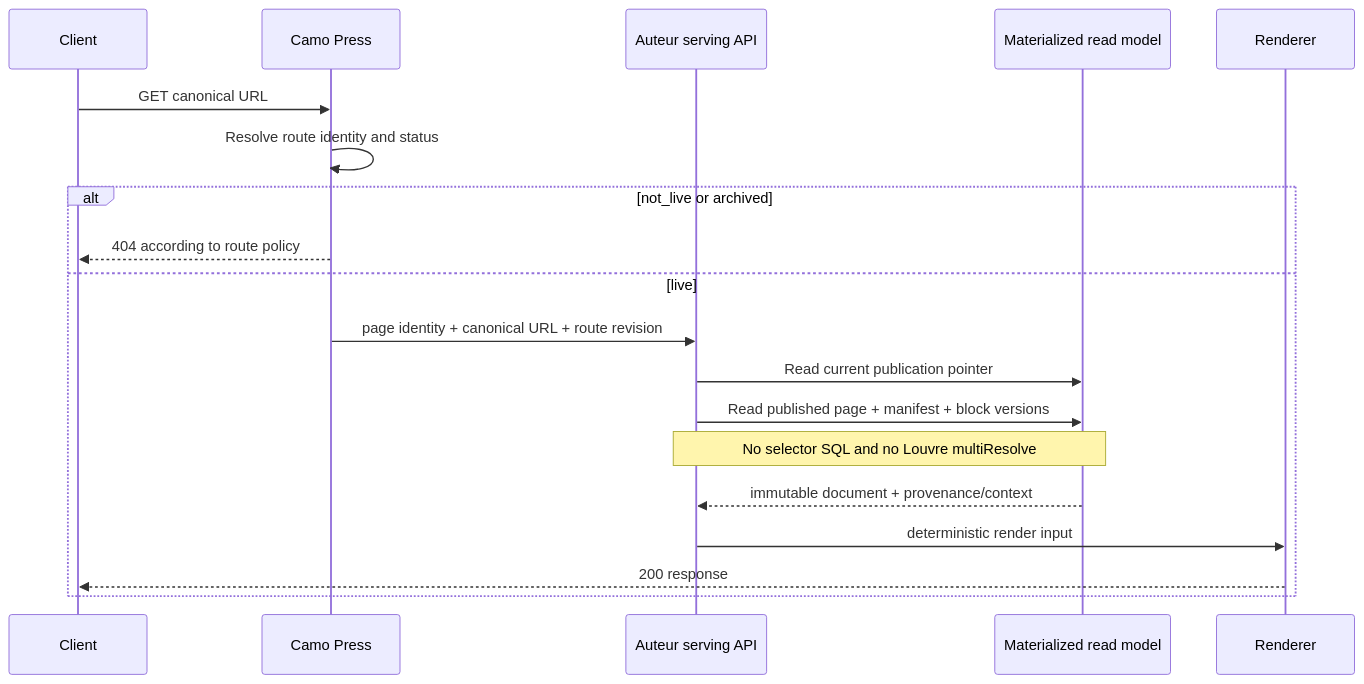
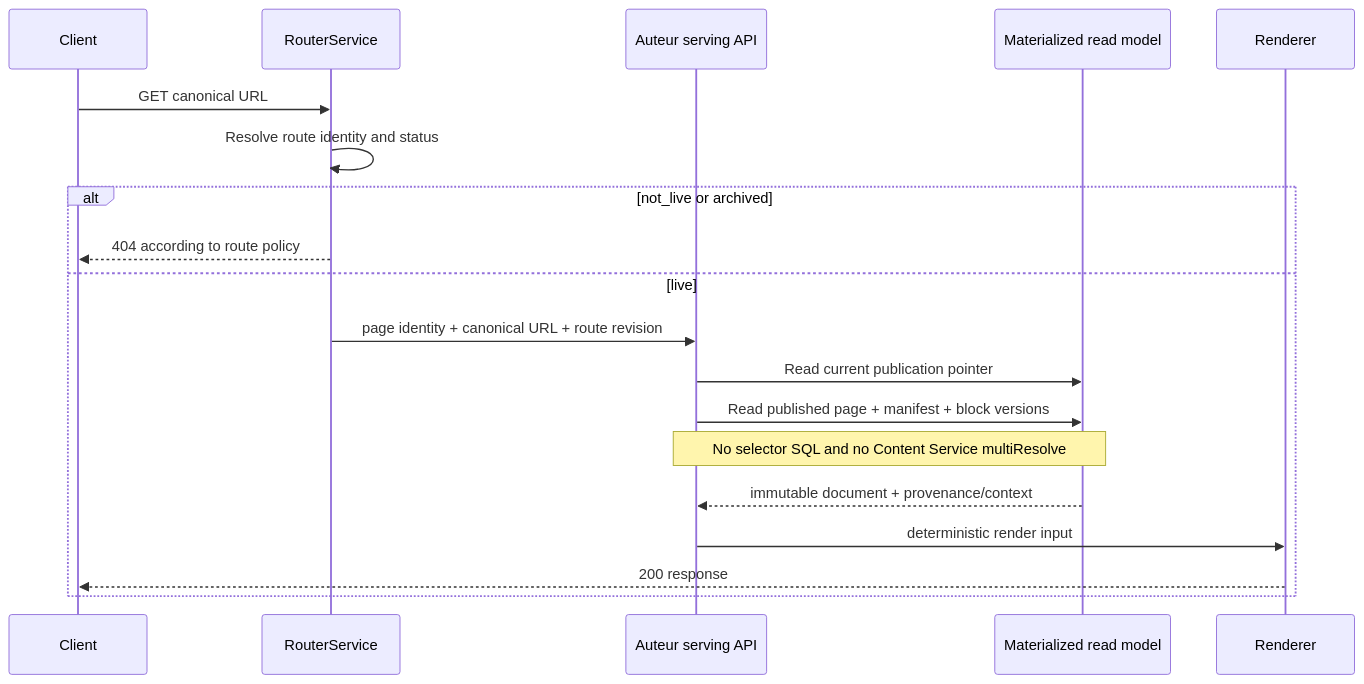
One commit to eng-manager-xyz/sample-cms changed the ninth of 9 diagrams in docs/process-engineering-guide.md. Above: the diagram before and after it, drawn with Mermaid. The commit also changed other lines of this file and 33 other files, not shown here.

````diff
--- a/docs/process-engineering-guide.md
+++ b/docs/process-engineering-guide.md
@@ -480,22 +480,22 @@
 ```mermaid
 sequenceDiagram
   participant Client
-  participant Camo as Camo Press
+  participant Router as RouterService
   participant Auteur as Auteur serving API
   participant DB as Materialized read model
   participant Renderer
 
-  Client->>Camo: GET canonical URL
-  Camo->>Camo: Resolve route identity and status
+  Client->>Router: GET canonical URL
+  Router->>Router: Resolve route identity and status
   alt not_live or archived
-    Camo-->>Client: 404 according to route policy
+    Router-->>Client: 404 according to route policy
   else live
-    Camo->>Auteur: page identity + canonical URL + route revision
+    Router->>Auteur: page identity + canonical URL + route revision
     Auteur->>DB: Read current publication pointer
     Auteur->>DB: Read published page + manifest + block versions
-    Note over Auteur,DB: No selector SQL and no Louvre multiResolve
+    Note over Auteur,DB: No selector SQL and no Content Service multiResolve
     DB-->>Auteur: immutable document + provenance/context
     Auteur->>Renderer: deterministic render input
     Renderer-->>Client: 200 response
   end
 ```
````
